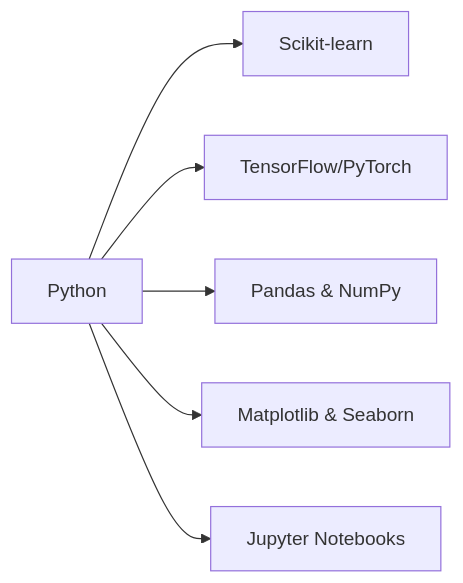
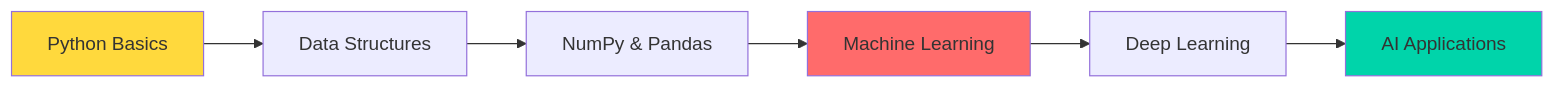
One commit to eptiera/eptiera changed the diagram in README.md. Above: the diagram before and after it, drawn with Mermaid. The commit also changed other lines of this file, not shown here.

````diff
--- a/README.md
+++ b/README.md
@@ -26,8 +60,12 @@
 ```mermaid
 graph LR
-    A[Python] --> B[Scikit-learn]
-    A --> C[TensorFlow/PyTorch]
-    A --> D[Pandas & NumPy]
-    A --> E[Matplotlib & Seaborn]
-    A --> F[Jupyter Notebooks]
+    A[Python Basics] --> B[Data Structures]
+    B --> C[NumPy & Pandas]
+    C --> D[Machine Learning]
+    D --> E[Deep Learning]
+    E --> F[AI Applications]
+    
+    style A fill:#FFD93D
+    style D fill:#FF6B6B
+    style F fill:#00D4AA
 ```
````
